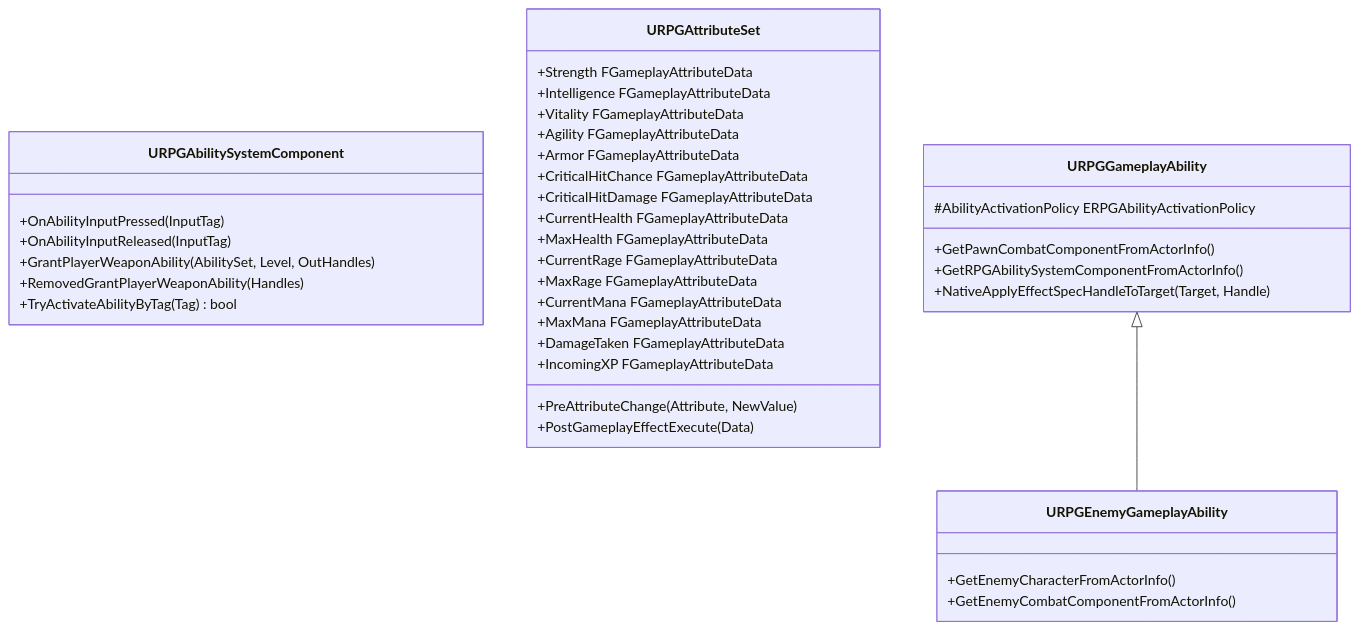
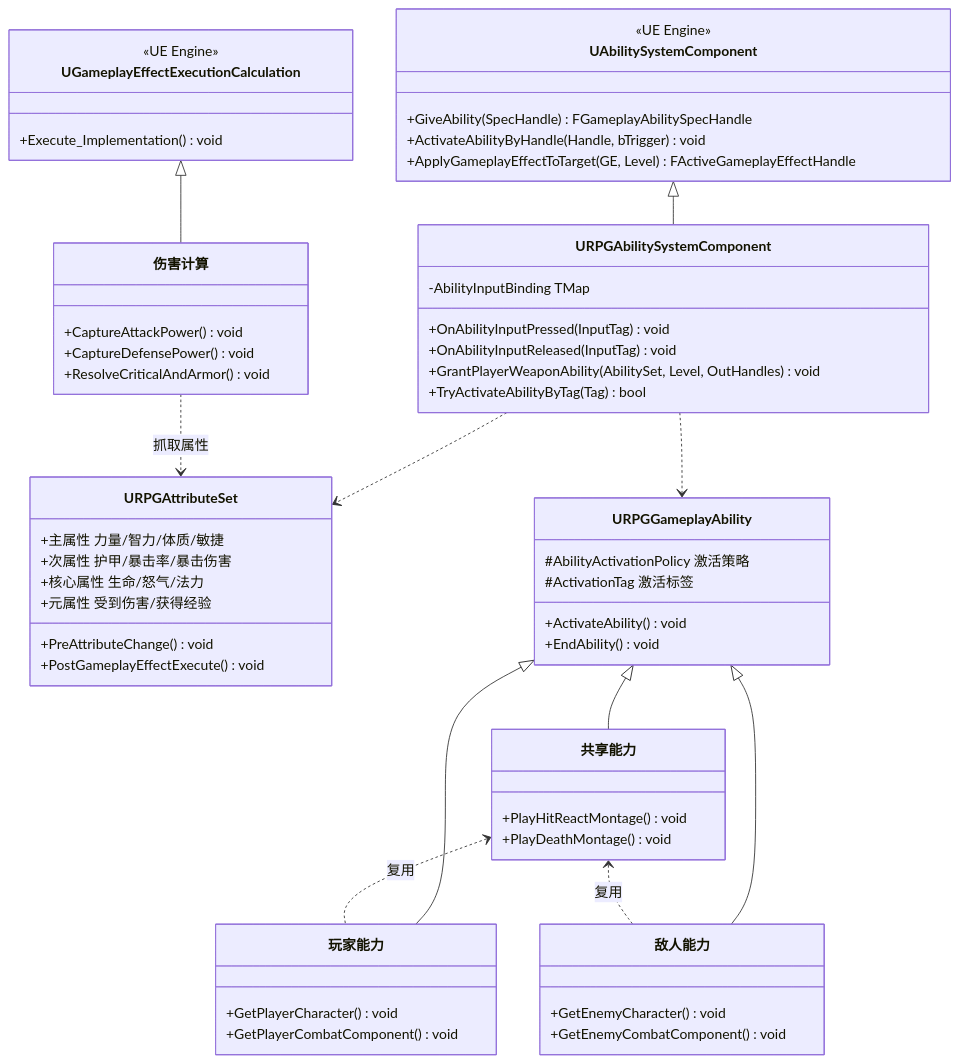
Before and after one commit to ARK31415/RPG: diagram 14 of 18 in Source/Docs/SummaryDesign.md, drawn with Mermaid. The commit also changed other lines of this file and 12 other files, not shown here.

````diff
--- a/Source/Docs/SummaryDesign.md
+++ b/Source/Docs/SummaryDesign.md
@@ -621,44 +792,70 @@
 ```mermaid
 classDiagram
+    class UAbilitySystemComponent {
+        <<UE Engine>>
+        +GiveAbility(SpecHandle) FGameplayAbilitySpecHandle
+        +ActivateAbilityByHandle(Handle, bTrigger) void
+        +ApplyGameplayEffectToTarget(GE, Level) FActiveGameplayEffectHandle
+    }
+    
     class URPGAbilitySystemComponent {
-        +OnAbilityInputPressed(InputTag)
-        +OnAbilityInputReleased(InputTag)
-        +GrantPlayerWeaponAbility(AbilitySet, Level, OutHandles)
-        +RemovedGrantPlayerWeaponAbility(Handles)
+        +OnAbilityInputPressed(InputTag) void
+        +OnAbilityInputReleased(InputTag) void
+        +GrantPlayerWeaponAbility(AbilitySet, Level, OutHandles) void
         +TryActivateAbilityByTag(Tag) bool
+        -AbilityInputBinding TMap
     }
     
     class URPGAttributeSet {
-        +Strength FGameplayAttributeData
-        +Intelligence FGameplayAttributeData
-        +Vitality FGameplayAttributeData
-        +Agility FGameplayAttributeData
-        +Armor FGameplayAttributeData
-        +CriticalHitChance FGameplayAttributeData
-        +CriticalHitDamage FGameplayAttributeData
-        +CurrentHealth FGameplayAttributeData
-        +MaxHealth FGameplayAttributeData
-        +CurrentRage FGameplayAttributeData
-        +MaxRage FGameplayAttributeData
-        +CurrentMana FGameplayAttributeData
-        +MaxMana FGameplayAttributeData
-        +DamageTaken FGameplayAttributeData
-        +IncomingXP FGameplayAttributeData
-        +PreAttributeChange(Attribute, NewValue)
-        +PostGameplayEffectExecute(Data)
+        +主属性 力量/智力/体质/敏捷
+        +次属性 护甲/暴击率/暴击伤害
+        +核心属性 生命/怒气/法力
+        +元属性 受到伤害/获得经验
+        +PreAttributeChange() void
+        +PostGameplayEffectExecute() void
     }
     
     class URPGGameplayAbility {
-        +GetPawnCombatComponentFromActorInfo()
-        +GetRPGAbilitySystemComponentFromActorInfo()
-        +NativeApplyEffectSpecHandleToTarget(Target, Handle)
-        #AbilityActivationPolicy ERPGAbilityActivationPolicy
+        +ActivateAbility() void
+        +EndAbility() void
+        #AbilityActivationPolicy 激活策略
+        #ActivationTag 激活标签
     }
     
-    class URPGEnemyGameplayAbility {
-        +GetEnemyCharacterFromActorInfo()
-        +GetEnemyCombatComponentFromActorInfo()
+    class 玩家能力 {
+        +GetPlayerCharacter() void
+        +GetPlayerCombatComponent() void
     }
     
-    URPGGameplayAbility <|-- URPGEnemyGameplayAbility
+    class 敌人能力 {
+        +GetEnemyCharacter() void
+        +GetEnemyCombatComponent() void
+    }
+    
+    class 共享能力 {
+        +PlayHitReactMontage() void
+        +PlayDeathMontage() void
+    }
+    
+    class UGameplayEffectExecutionCalculation {
+        <<UE Engine>>
+        +Execute_Implementation() void
+    }
+    
+    class 伤害计算 {
+        +CaptureAttackPower() void
+        +CaptureDefensePower() void
+        +ResolveCriticalAndArmor() void
+    }
+    
+    UAbilitySystemComponent <|-- URPGAbilitySystemComponent
+    URPGGameplayAbility <|-- 玩家能力
+    URPGGameplayAbility <|-- 敌人能力
+    URPGGameplayAbility <|-- 共享能力
+    UGameplayEffectExecutionCalculation <|-- 伤害计算
+    URPGAbilitySystemComponent ..> URPGAttributeSet
+    URPGAbilitySystemComponent ..> URPGGameplayAbility
+    共享能力 <.. 玩家能力 : 复用
+    共享能力 <.. 敌人能力 : 复用
+    伤害计算 ..> URPGAttributeSet : 抓取属性
 ```
````
